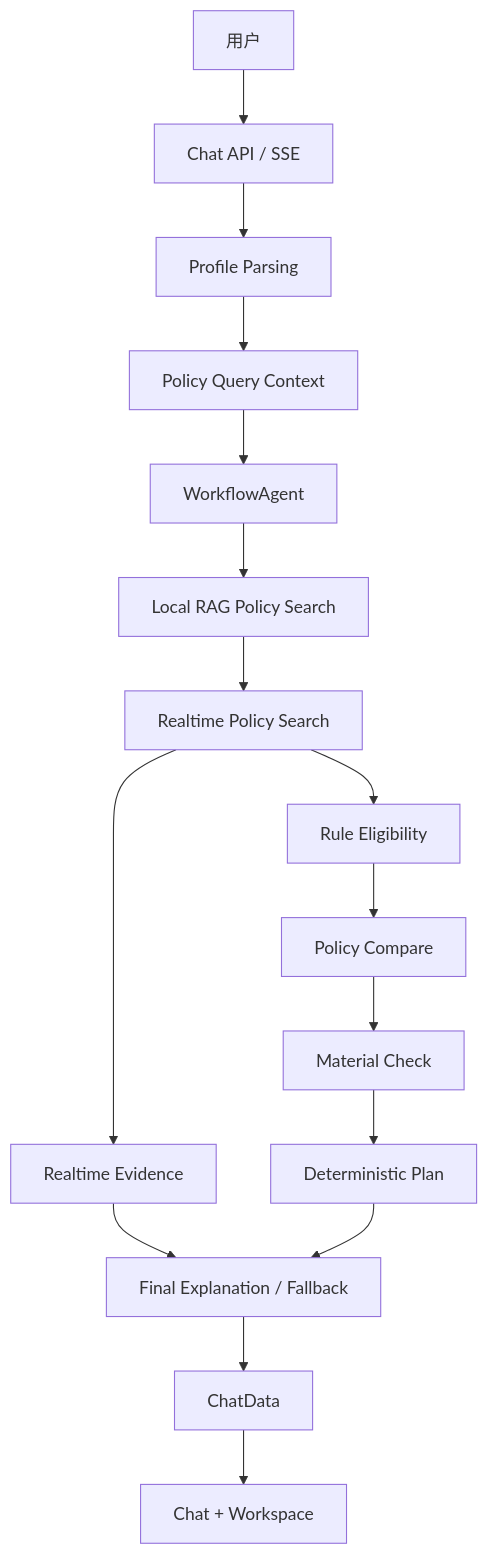
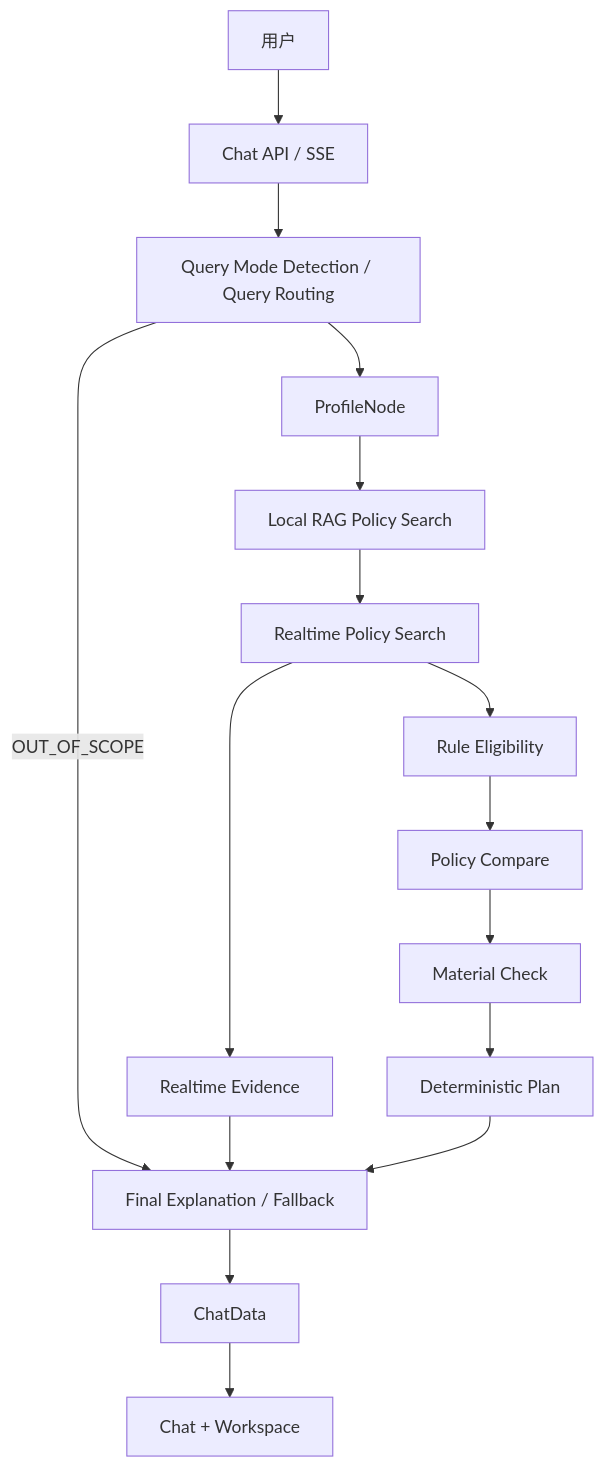
The diagram in README.md (ican0506/QinCheng-Agent-Chat), drawn with Mermaid before and after one commit. The commit also changed other lines of this file, not shown here.

Commit message:
docs: update README for final competition RC

````diff
--- a/README.md
+++ b/README.md
@@ -45,18 +56,18 @@
 ```mermaid
 flowchart TD
     U[用户] --> C[Chat API / SSE]
-    C --> P[Profile Parsing]
-    P --> Q[Policy Query Context]
-    Q --> W[WorkflowAgent]
-    W --> R[Local RAG Policy Search]
+    C --> Q[Query Mode Detection / Query Routing]
+    Q -->|OUT_OF_SCOPE| X[Final Explanation / Fallback]
+    Q --> P[ProfileNode]
+    P --> R[Local RAG Policy Search]
     R --> RT[Realtime Policy Search]
     RT --> E[Rule Eligibility]
     RT --> RE[Realtime Evidence]
     E --> PC[Policy Compare]
     PC --> M[Material Check]
     M --> PL[Deterministic Plan]
     RE --> X[Final Explanation / Fallback]
     PL --> X
     X --> D[ChatData]
     D --> UI[Chat + Workspace]
 ```
````
